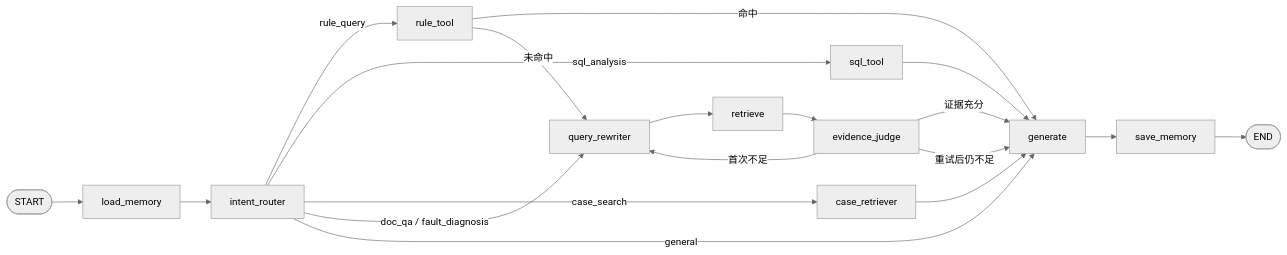
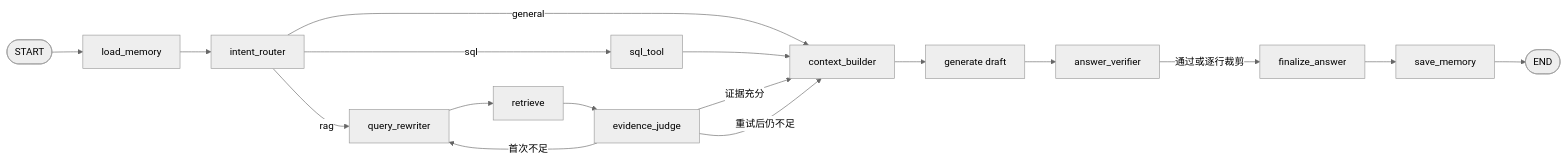
The second of 5 diagrams in docs/architecture.md (nwxshm-ylj/Industrial-Quality-Agentic-RAG-Assistant), drawn with Mermaid (neutral theme) before and after one commit. The commit also changed other lines of this file and 18 other files, not shown here.

````diff
--- a/docs/architecture.md
+++ b/docs/architecture.md
@@ -94,21 +92,19 @@
 ```mermaid
 flowchart LR
     S([START]) --> LM[load_memory]
     LM --> IR[intent_router]
-    IR -->|rule_query| RT[rule_tool]
-    IR -->|sql_analysis| ST[sql_tool]
-    IR -->|case_search| CR[case_retriever]
-    IR -->|doc_qa / fault_diagnosis| QR[query_rewriter]
-    IR -->|general| G[generate]
-    RT -->|命中| G
-    RT -->|未命中| QR
-    ST --> G
-    CR --> G
+    IR -->|sql| ST[sql_tool]
+    IR -->|rag| QR[query_rewriter]
+    IR -->|general| CB[context_builder]
+    ST --> CB
     QR --> R[retrieve]
     R --> EJ[evidence_judge]
-    EJ -->|证据充分| G
+    EJ -->|证据充分| CB
     EJ -->|首次不足| QR
-    EJ -->|重试后仍不足| G
-    G --> SM[save_memory]
+    EJ -->|重试后仍不足| CB
+    CB --> G[generate draft]
+    G --> AV[answer_verifier]
+    AV -->|通过或逐行裁剪| F[finalize_answer]
+    F --> SM[save_memory]
     SM --> E([END])
 ```
````
